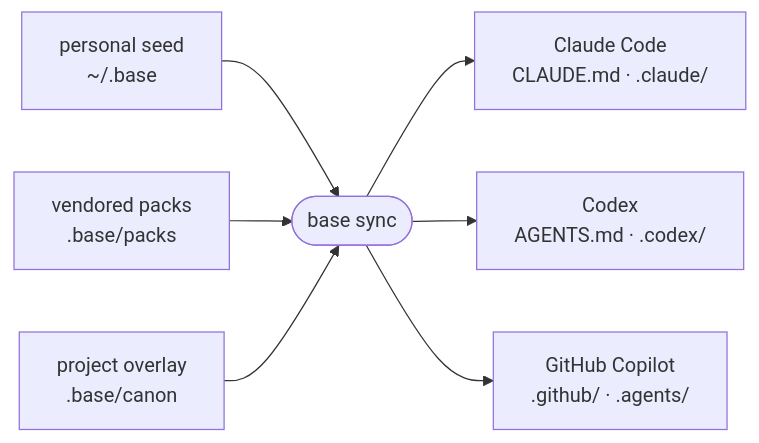
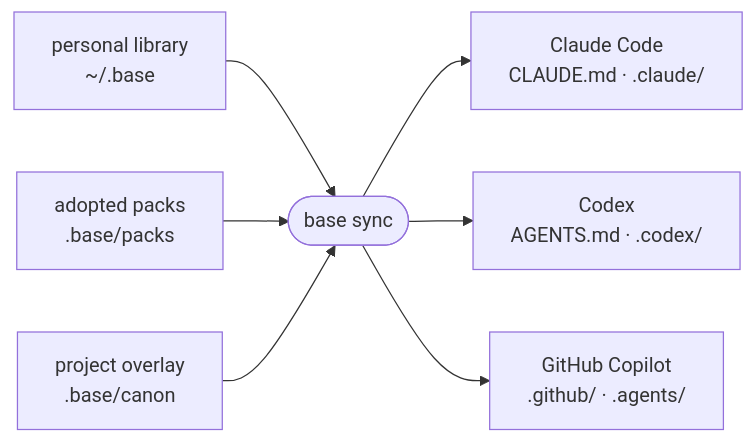
The diagram in README.md (smithdak/base), drawn with Mermaid before and after one commit. The commit also changed other lines of this file and 3 other files, not shown here.

````diff
--- a/README.md
+++ b/README.md
@@ -24,16 +90,16 @@
 ```mermaid
 flowchart LR
-  seed["personal seed<br/>~/.base"]
-  packs["vendored packs<br/>.base/packs"]
+  seed["personal library<br/>~/.base"]
+  packs["adopted packs<br/>.base/packs"]
   overlay["project overlay<br/>.base/canon"]
   sync(["base sync"])
   claude["Claude Code<br/>CLAUDE.md · .claude/"]
   codex["Codex<br/>AGENTS.md · .codex/"]
   copilot["GitHub Copilot<br/>.github/ · .agents/"]
   seed --> sync
   packs --> sync
   overlay --> sync
   sync --> claude
   sync --> codex
   sync --> copilot
 ```
````
